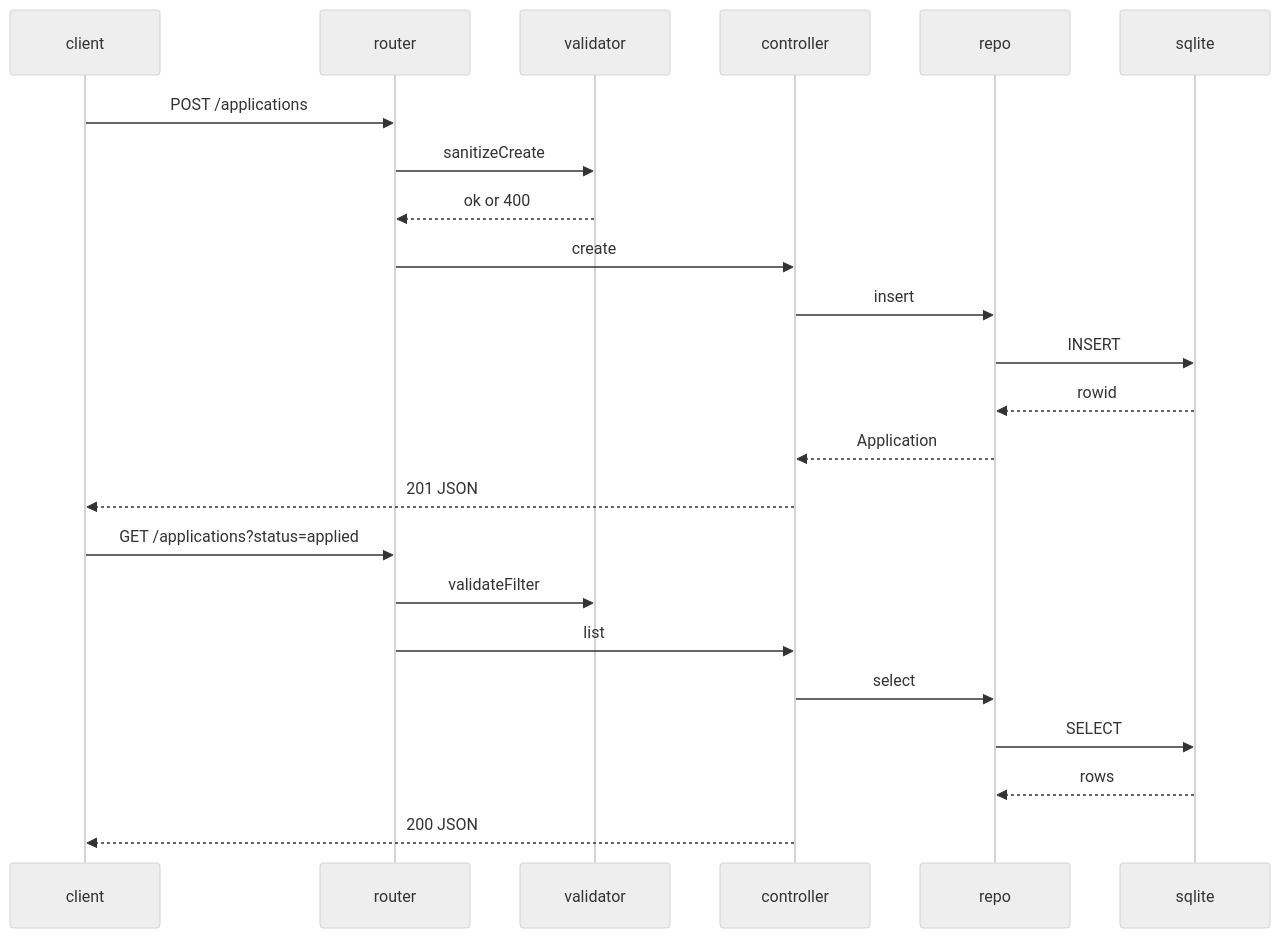
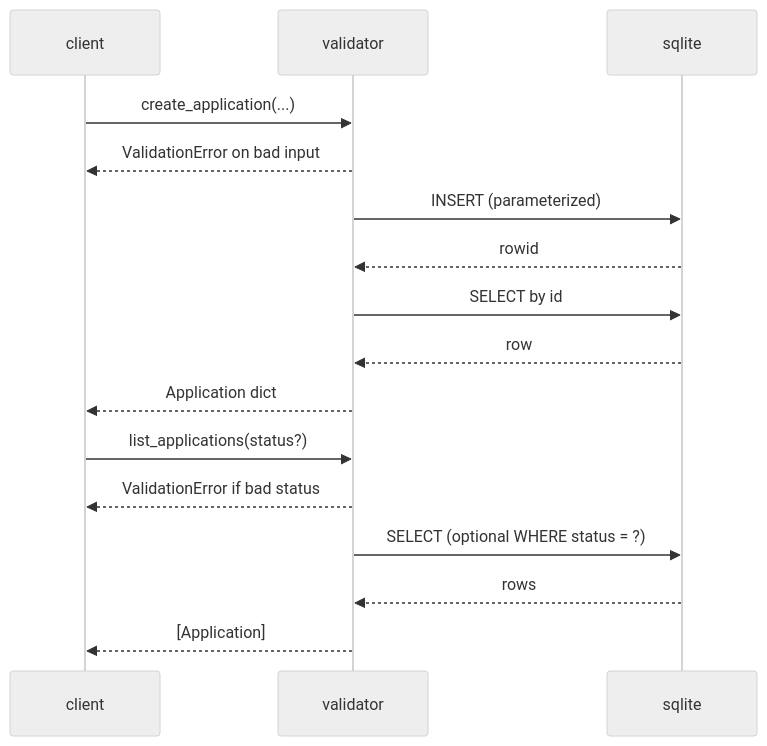
Before and after one commit to akissmann-prog/sdd-agent-demo: the diagram in SCRUM-120/docs/design_scrum_121.md, drawn with Mermaid (neutral theme). The commit also changed other lines of this file, not shown here.

````diff
--- a/SCRUM-120/docs/design_scrum_121.md
+++ b/SCRUM-120/docs/design_scrum_121.md
@@ -45,25 +51,18 @@
 ```mermaid
 sequenceDiagram
   participant client
-  participant router
   participant validator
-  participant controller
-  participant repo
   participant sqlite
-  client->>router: POST /applications
-  router->>validator: sanitizeCreate
-  validator-->>router: ok or 400
-  router->>controller: create
-  controller->>repo: insert
-  repo->>sqlite: INSERT
-  sqlite-->>repo: rowid
-  repo-->>controller: Application
-  controller-->>client: 201 JSON
-  client->>router: GET /applications?status=applied
-  router->>validator: validateFilter
-  router->>controller: list
-  controller->>repo: select
-  repo->>sqlite: SELECT
-  sqlite-->>repo: rows
-  controller-->>client: 200 JSON
+  client->>validator: create_application(...)
+  validator-->>client: ValidationError on bad input
+  validator->>sqlite: INSERT (parameterized)
+  sqlite-->>validator: rowid
+  validator->>sqlite: SELECT by id
+  sqlite-->>validator: row
+  validator-->>client: Application dict
+  client->>validator: list_applications(status?)
+  validator-->>client: ValidationError if bad status
+  validator->>sqlite: SELECT (optional WHERE status = ?)
+  sqlite-->>validator: rows
+  validator-->>client: [Application]
 ```
````
